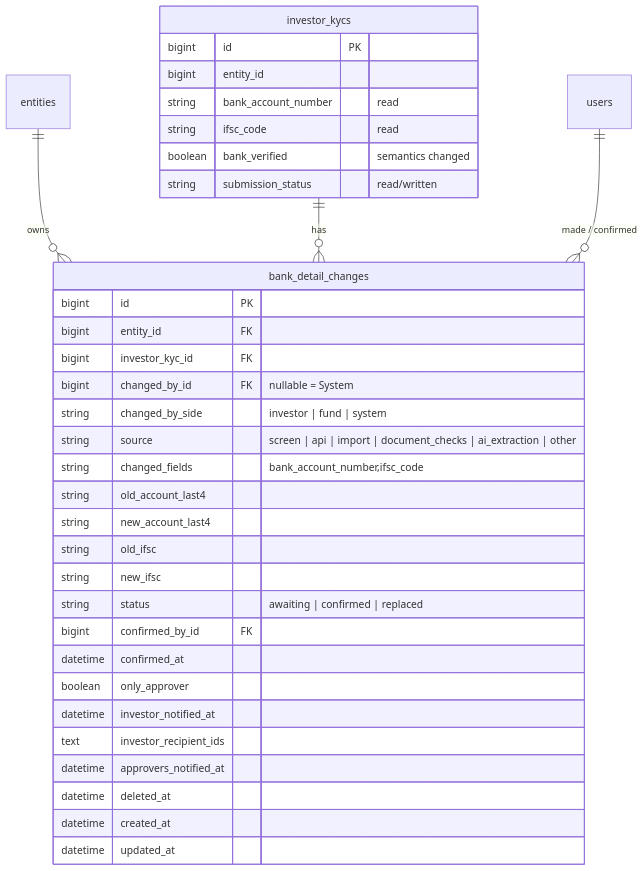
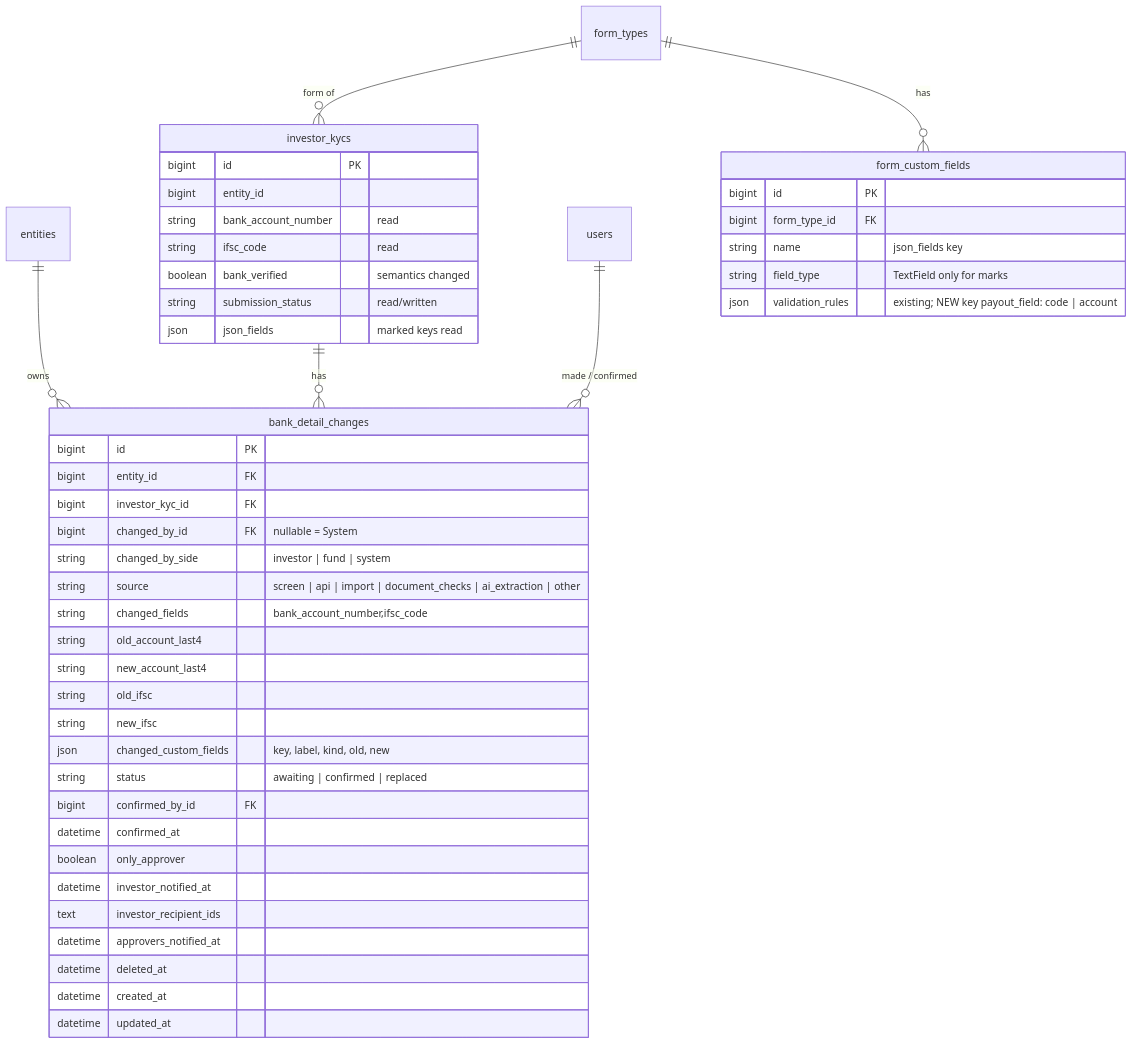
Diagram 18 of 18 in openspec/changes/bank-detail-change-controls/design.md (sampadadiwan/IRM_CompanyMain), drawn with Mermaid before and after one commit. The commit also changed other lines of this file and 10 other files, not shown here.

````diff
--- a/openspec/changes/bank-detail-change-controls/design.md
+++ b/openspec/changes/bank-detail-change-controls/design.md
@@ -1110,37 +1356,48 @@
 ```mermaid
 erDiagram
     entities ||--o{ bank_detail_changes : "owns"
     investor_kycs ||--o{ bank_detail_changes : "has"
     users ||--o{ bank_detail_changes : "made / confirmed"
+    form_types ||--o{ form_custom_fields : "has"
+    form_types ||--o{ investor_kycs : "form of"
+    form_custom_fields {
+        bigint id PK
+        bigint form_type_id FK
+        string name "json_fields key"
+        string field_type "TextField only for marks"
+        json validation_rules "existing; NEW key payout_field: code | account"
+    }
     bank_detail_changes {
         bigint id PK
         bigint entity_id FK
         bigint investor_kyc_id FK
         bigint changed_by_id FK "nullable = System"
         string changed_by_side "investor | fund | system"
         string source "screen | api | import | document_checks | ai_extraction | other"
         string changed_fields "bank_account_number,ifsc_code"
         string old_account_last4
         string new_account_last4
         string old_ifsc
         string new_ifsc
+        json changed_custom_fields "key, label, kind, old, new"
         string status "awaiting | confirmed | replaced"
         bigint confirmed_by_id FK
         datetime confirmed_at
         boolean only_approver
         datetime investor_notified_at
         text investor_recipient_ids
         datetime approvers_notified_at
         datetime deleted_at
         datetime created_at
         datetime updated_at
     }
     investor_kycs {
         bigint id PK
         bigint entity_id
         string bank_account_number "read"
         string ifsc_code "read"
         boolean bank_verified "semantics changed"
         string submission_status "read/written"
+        json json_fields "marked keys read"
     }
 ```
````
